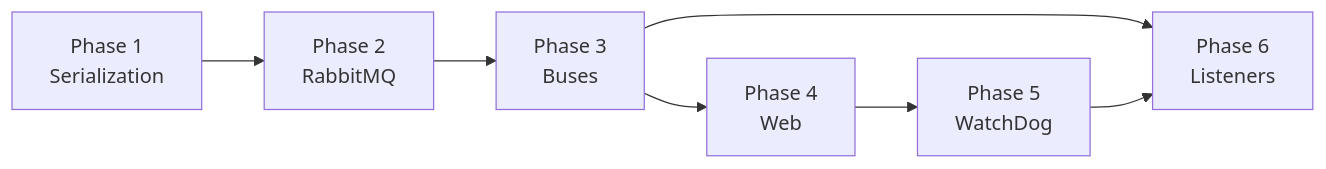
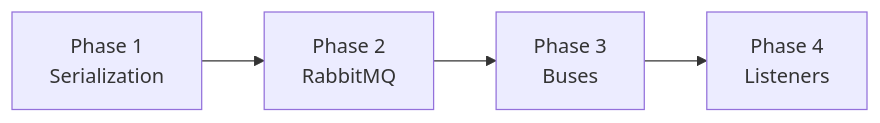
One commit to yuragavrilov-sketch/sal changed the sixth of 7 diagrams in docs/architecture.md. Above: the diagram before and after it, drawn with Mermaid. The commit also changed other lines of this file and 7 other files, not shown here.

First line of the commit message:
docs: sync with queue-only architecture — purge web/WatchDog/legacy context holders

````diff
--- a/docs/architecture.md
+++ b/docs/architecture.md
@@ -323,9 +318,6 @@
 ```mermaid
 graph LR
     P1[Phase 1<br/>Serialization] --> P2[Phase 2<br/>RabbitMQ]
     P2 --> P3[Phase 3<br/>Buses]
-    P3 --> P4[Phase 4<br/>Web]
-    P4 --> P5[Phase 5<br/>WatchDog]
-    P3 --> P6[Phase 6<br/>Listeners]
-    P5 --> P6
+    P3 --> P4[Phase 4<br/>Listeners]
 ```
````
